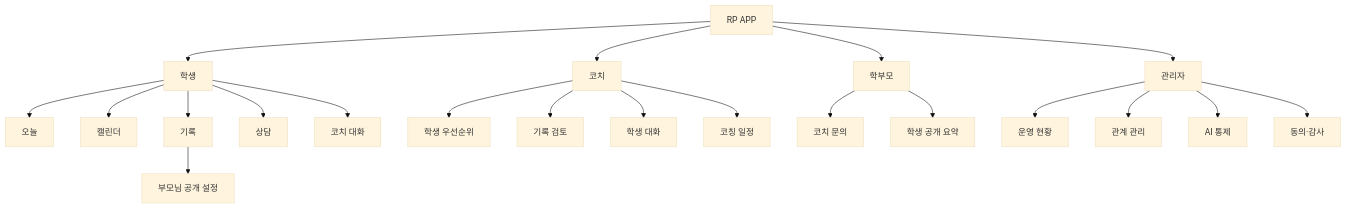
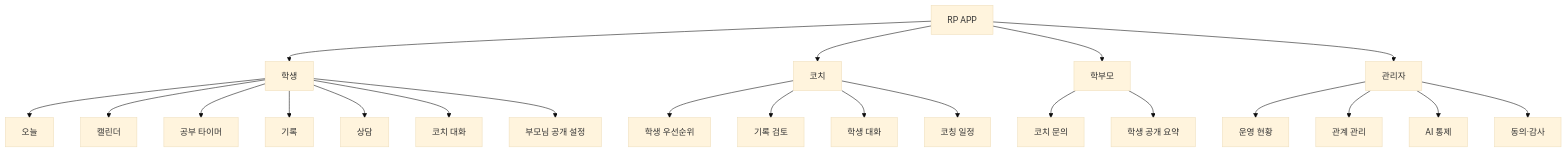
One commit to thehouserehab/reperformance-homepage changed the diagram in docs/INFORMATION_ARCHITECTURE.md. Above: the diagram before and after it, drawn with Mermaid (base theme). The commit also changed other lines of this file and 14 other files, not shown here.

````diff
--- a/docs/INFORMATION_ARCHITECTURE.md
+++ b/docs/INFORMATION_ARCHITECTURE.md
@@ -60,28 +57,29 @@
 ```mermaid
 flowchart TD
     ROOT["RP APP"]
     ROOT --> S["학생"]
     ROOT --> C["코치"]
     ROOT --> G["학부모"]
     ROOT --> A["관리자"]
 
     S --> S1["오늘"]
     S --> S2["캘린더"]
+    S --> ST["공부 타이머"]
     S --> S3["기록"]
     S --> S4["상담"]
     S --> S5["코치 대화"]
-    S3 --> SP["부모님 공개 설정"]
+    S --> SP["부모님 공개 설정"]
 
     C --> C1["학생 우선순위"]
     C --> C2["기록 검토"]
     C --> C3["학생 대화"]
     C --> C4["코칭 일정"]
 
     G --> G1["코치 문의"]
     G --> G2["학생 공개 요약"]
 
     A --> A1["운영 현황"]
     A --> A2["관계 관리"]
     A --> A3["AI 통제"]
     A --> A4["동의·감사"]
 ```
````
